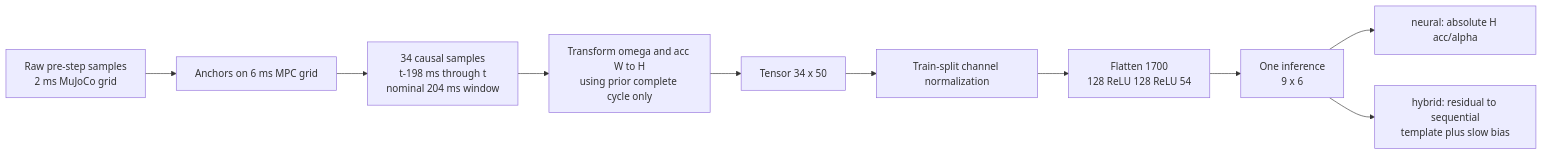
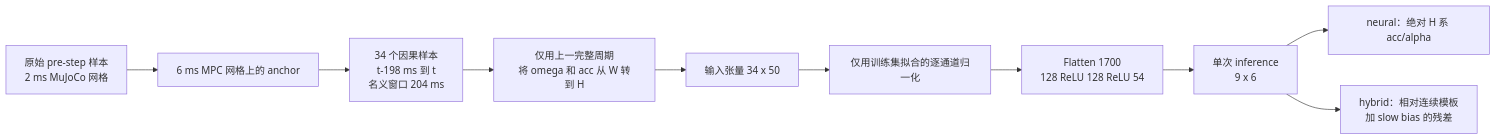
One commit to jiakefu9-hub/hold-my-beer-mpc changed the fourth of 6 diagrams in PRE_HARDWARE_FREEZE.md. Above: the diagram before and after it, drawn with Mermaid. The commit also changed other lines of this file and 13 other files, not shown here.

````diff
--- a/PRE_HARDWARE_FREEZE.md
+++ b/PRE_HARDWARE_FREEZE.md
@@ -170,12 +161,12 @@
 ```mermaid
 flowchart LR
-    RAW[Raw pre-step samples<br/>2 ms MuJoCo grid] --> GRID[Anchors on 6 ms MPC grid]
-    GRID --> HIST[34 causal samples<br/>t-198 ms through t<br/>nominal 204 ms window]
-    HIST --> FH[Transform omega and acc W to H<br/>using prior complete cycle only]
-    FH --> X[Tensor 34 x 50]
-    X --> NORM[Train-split channel normalization]
+    RAW[原始 pre-step 样本<br/>2 ms MuJoCo 网格] --> GRID[6 ms MPC 网格上的 anchor]
+    GRID --> HIST[34 个因果样本<br/>t-198 ms 到 t<br/>名义窗口 204 ms]
+    HIST --> FH[仅用上一完整周期<br/>将 omega 和 acc 从 W 转到 H]
+    FH --> X[输入张量 34 x 50]
+    X --> NORM[仅用训练集拟合的逐通道归一化]
     NORM --> MLP[Flatten 1700<br/>128 ReLU 128 ReLU 54]
-    MLP --> Y[One inference<br/>9 x 6]
-    Y --> ABS[neural: absolute H acc/alpha]
-    Y --> RES[hybrid: residual to sequential<br/>template plus slow bias]
+    MLP --> Y[单次 inference<br/>9 x 6]
+    Y --> ABS[neural：绝对 H 系 acc/alpha]
+    Y --> RES[hybrid：相对连续模板<br/>加 slow bias 的残差]
 ```
````
